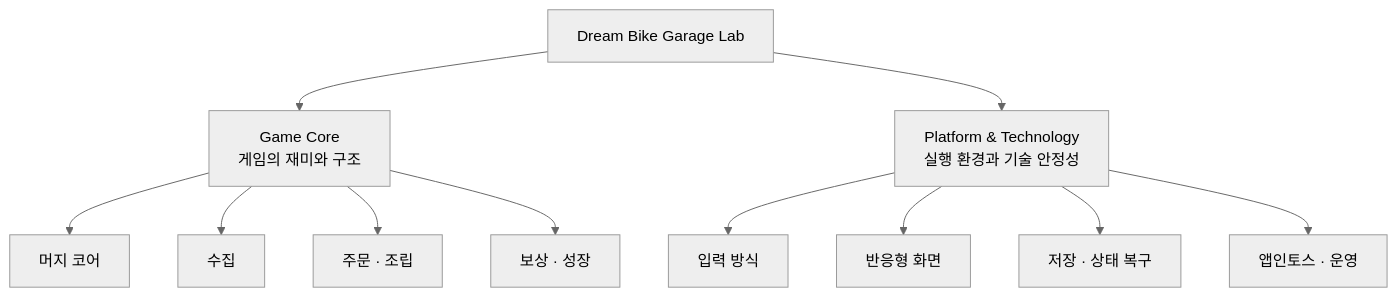
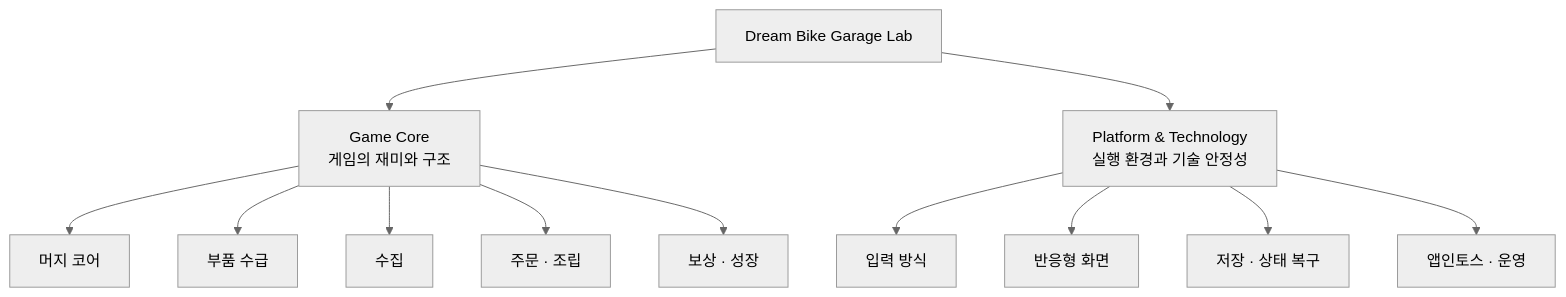
The first of 4 diagrams in docs/LAB_PROTOTYPE_MAP.md (aigemro/dream-bike-garage-lab), drawn with Mermaid (neutral theme) before and after one commit. The commit also changed other lines of this file, not shown here.

````diff
--- a/docs/LAB_PROTOTYPE_MAP.md
+++ b/docs/LAB_PROTOTYPE_MAP.md
@@ -19,16 +19,17 @@
 ```mermaid
 flowchart TB
     LAB["Dream Bike Garage Lab"]
     LAB --> CORE["Game Core<br/>게임의 재미와 구조"]
     LAB --> PLATFORM["Platform & Technology<br/>실행 환경과 기술 안정성"]
 
     CORE --> MERGE["머지 코어"]
+    CORE --> SUPPLY["부품 수급"]
     CORE --> COLLECTION["수집"]
     CORE --> ORDER["주문 · 조립"]
     CORE --> REWARD["보상 · 성장"]
 
     PLATFORM --> INPUT["입력 방식"]
     PLATFORM --> RESPONSIVE["반응형 화면"]
     PLATFORM --> SAVE["저장 · 상태 복구"]
     PLATFORM --> TOSS["앱인토스 · 운영"]
 ```
````
